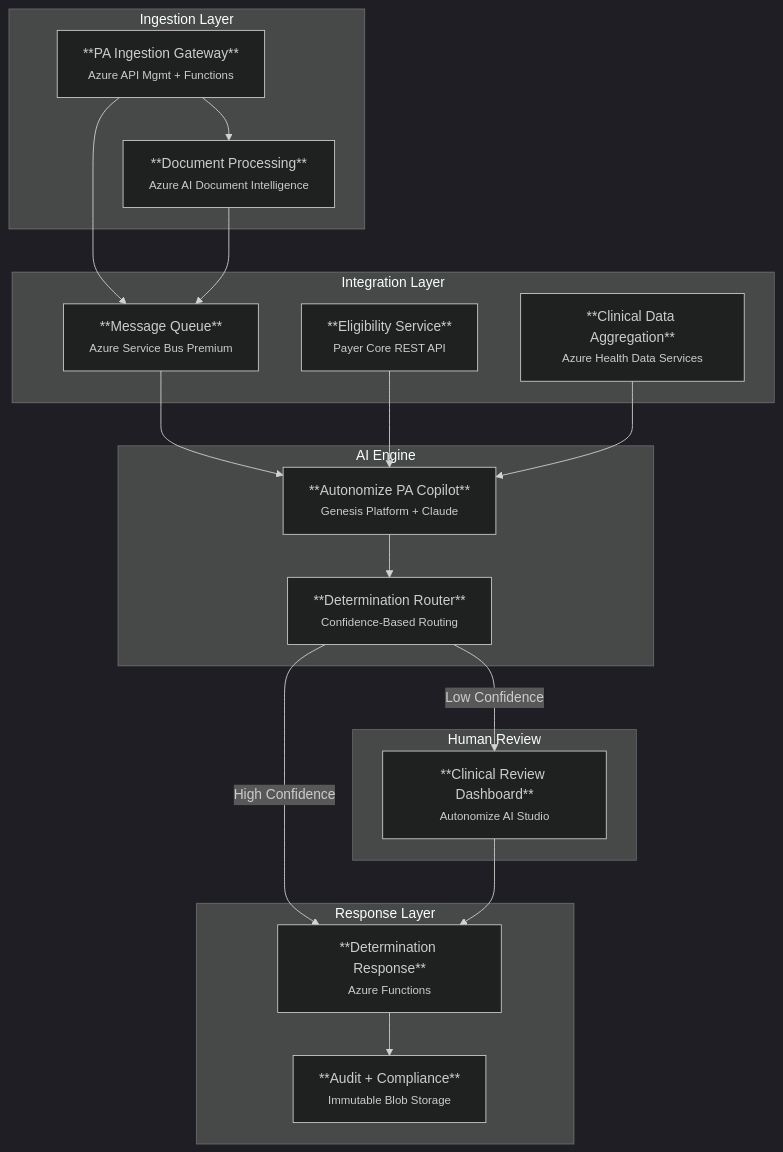
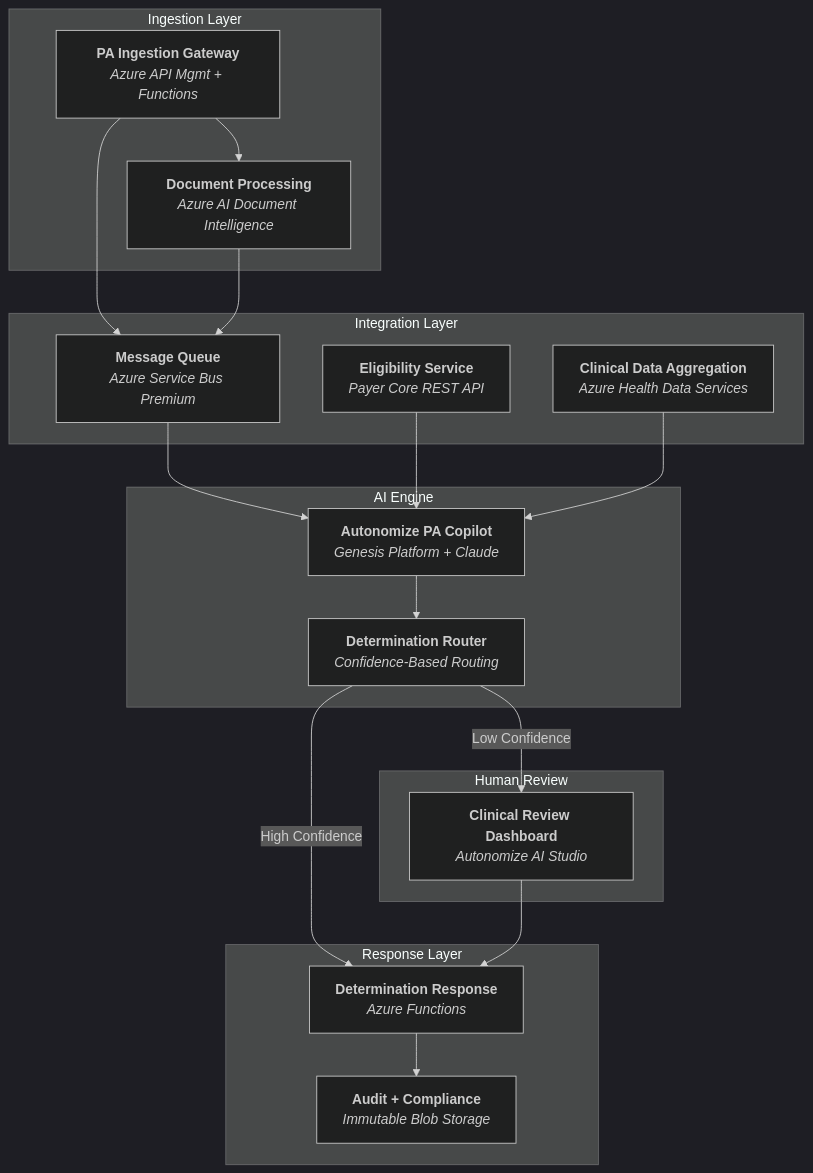
Before and after one commit to praeducer/autonomize-healthcare-ai-demo: the fourth of 4 diagrams in docs/presentation/presentation.md, drawn with Mermaid (dark theme). The commit also changed other lines of this file and 4 other files, not shown here.

First line of the commit message:
docs: restructure presentation to 10 slides, fix diagram formatting

````diff
--- a/docs/presentation/presentation.md
+++ b/docs/presentation/presentation.md
@@ -179,39 +222,49 @@
 ```mermaid
 flowchart TB
     subgraph "Ingestion Layer"
-        GW["**PA Ingestion Gateway**<br/><small>Azure API Mgmt + Functions</small>"]
-        DOC["**Document Processing**<br/><small>Azure AI Document Intelligence</small>"]
+        GW["`**PA Ingestion Gateway**
+*Azure API Mgmt + Functions*`"]
+        DOC["`**Document Processing**
+*Azure AI Document Intelligence*`"]
     end
 
     subgraph "Integration Layer"
-        ELIG["**Eligibility Service**<br/><small>Payer Core REST API</small>"]
-        CLIN_AGG["**Clinical Data Aggregation**<br/><small>Azure Health Data Services</small>"]
-        SB["**Message Queue**<br/><small>Azure Service Bus Premium</small>"]
+        ELIG["`**Eligibility Service**
+*Payer Core REST API*`"]
+        CLIN_AGG["`**Clinical Data Aggregation**
+*Azure Health Data Services*`"]
+        SB["`**Message Queue**
+*Azure Service Bus Premium*`"]
     end
 
     subgraph "AI Engine"
-        COPILOT["**Autonomize PA Copilot**<br/><small>Genesis Platform + Claude</small>"]
-        ROUTER["**Determination Router**<br/><small>Confidence-Based Routing</small>"]
+        COPILOT["`**Autonomize PA Copilot**
+*Genesis Platform + Claude*`"]
+        ROUTER["`**Determination Router**
+*Confidence-Based Routing*`"]
     end
 
     subgraph "Human Review"
-        DASH["**Clinical Review Dashboard**<br/><small>Autonomize AI Studio</small>"]
+        DASH["`**Clinical Review Dashboard**
+*Autonomize AI Studio*`"]
     end
 
     subgraph "Response Layer"
-        RESP["**Determination Response**<br/><small>Azure Functions</small>"]
-        AUDIT["**Audit + Compliance**<br/><small>Immutable Blob Storage</small>"]
+        RESP["`**Determination Response**
+*Azure Functions*`"]
+        AUDIT["`**Audit + Compliance**
+*Immutable Blob Storage*`"]
     end
 
     GW --> DOC
     GW --> SB
     DOC --> SB
     SB --> COPILOT
     ELIG --> COPILOT
     CLIN_AGG --> COPILOT
     COPILOT --> ROUTER
     ROUTER -->|"High Confidence"| RESP
     ROUTER -->|"Low Confidence"| DASH
     DASH --> RESP
     RESP --> AUDIT
 ```
````
